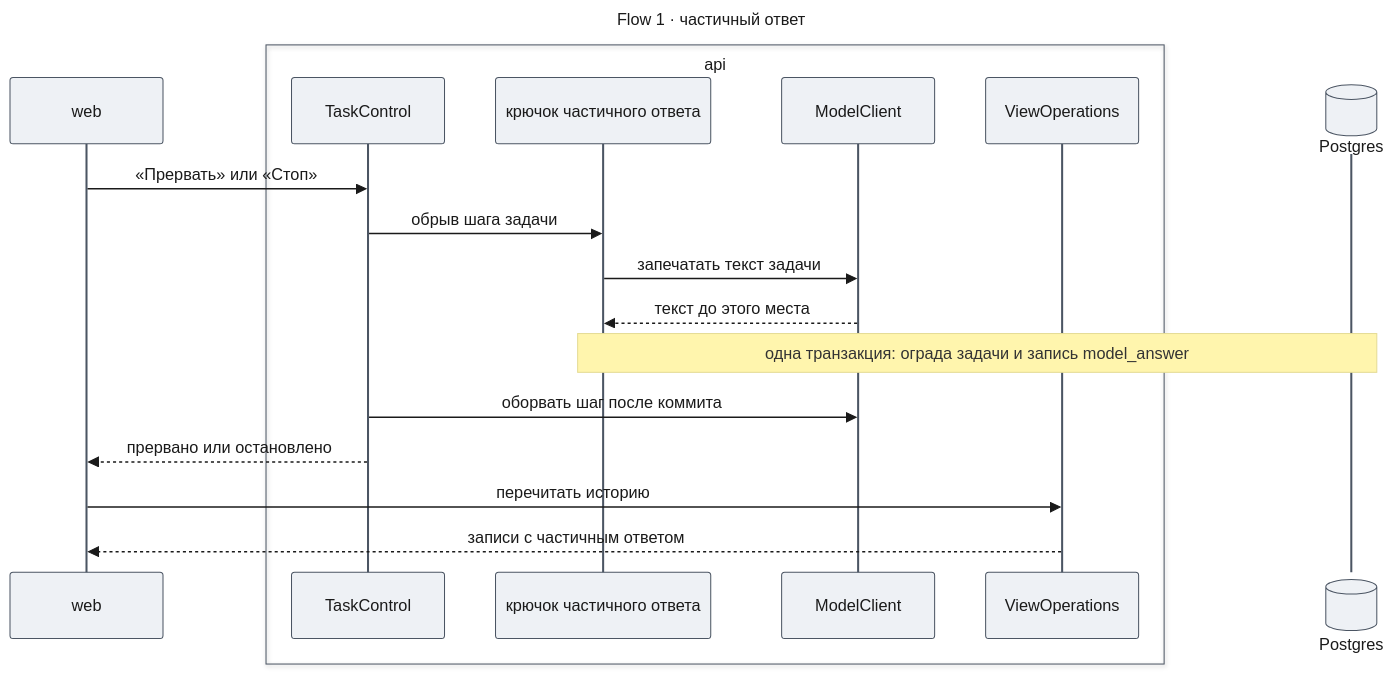
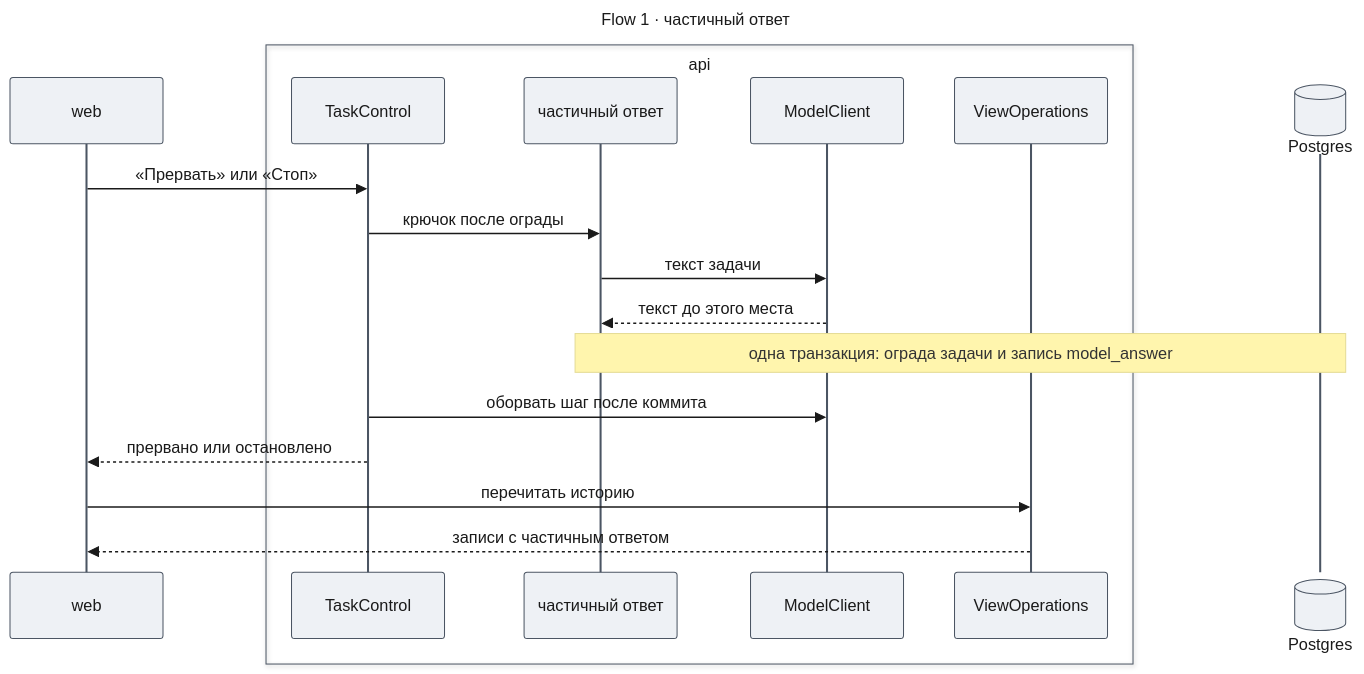
Before and after one commit to tundraray/agent-os: the third of 4 diagrams in docs/features/runtime-fixes/design-steps.md, drawn with Mermaid. The commit also changed other lines of this file and 3 other files, not shown here.

````diff
--- a/docs/features/runtime-fixes/design-steps.md
+++ b/docs/features/runtime-fixes/design-steps.md
@@ -259,41 +266,41 @@
 ```mermaid
 ---
 title: "Flow 1 · частичный ответ"
 config:
   theme: base
   look: classic
   themeVariables:
     primaryColor: "#eef1f5"
     primaryBorderColor: "#4b5563"
     primaryTextColor: "#1a1a1a"
     lineColor: "#6b7280"
   themeCSS: |
     @keyframes lit_s1{0%,11.25%{stroke:#991b1b;stroke-width:6px}12.5%,100%{stroke:#37474f;stroke-width:2px}}
     .messageLine0[data-id='i0'],.messageLine1[data-id='i0']{animation:lit_s1 9.6s linear 0s infinite}
     .messageLine0[data-id='i1'],.messageLine1[data-id='i1']{animation:lit_s1 9.6s linear 1.2s infinite}
     .messageLine0[data-id='i2'],.messageLine1[data-id='i2']{animation:lit_s1 9.6s linear 2.4s infinite}
     .messageLine0[data-id='i3'],.messageLine1[data-id='i3']{animation:lit_s1 9.6s linear 3.6s infinite}
     .messageLine0[data-id='i5'],.messageLine1[data-id='i5']{animation:lit_s1 9.6s linear 4.8s infinite}
     .messageLine0[data-id='i6'],.messageLine1[data-id='i6']{animation:lit_s1 9.6s linear 6s infinite}
     .messageLine0[data-id='i7'],.messageLine1[data-id='i7']{animation:lit_s1 9.6s linear 7.2s infinite}
     .messageLine0[data-id='i8'],.messageLine1[data-id='i8']{animation:lit_s1 9.6s linear 8.4s infinite}
 ---
 sequenceDiagram
     participant W as web
     box api
         participant T as TaskControl
-        participant H as крючок частичного ответа
+        participant H as частичный ответ
         participant M as ModelClient
         participant V as ViewOperations
     end
     participant DB@{ "type": "database" } as Postgres
     W->>T: «Прервать» или «Стоп»
-    T->>H: обрыв шага задачи
-    H->>M: запечатать текст задачи
+    T->>H: крючок после ограды
+    H->>M: текст задачи
     M-->>H: текст до этого места
     Note over H,DB: одна транзакция: ограда задачи и запись model_answer
     T->>M: оборвать шаг после коммита
     T-->>W: прервано или остановлено
     W->>V: перечитать историю
     V-->>W: записи с частичным ответом
 ```
````
